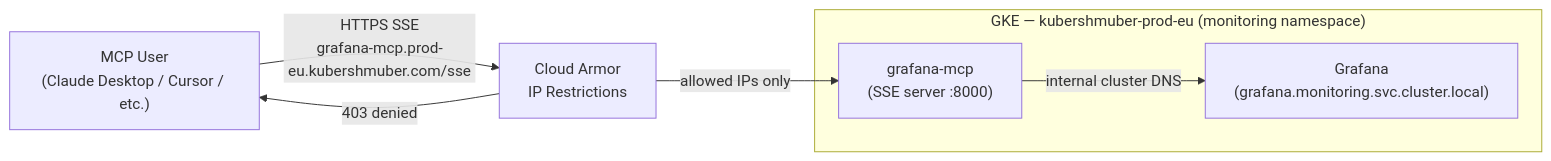
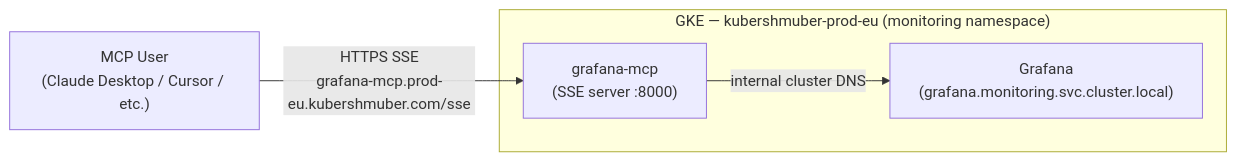
Before and after one commit to bitgaming/grafana-mcp: the diagram in README.md, drawn with Mermaid. The commit also changed other lines of this file, not shown here.

Commit message:
docs: remove Cloud Armor IP restriction info

````diff
--- a/README.md
+++ b/README.md
@@ -15,16 +15,12 @@
 ```mermaid
 graph LR
     User["MCP User\n(Claude Desktop / Cursor / etc.)"]
 
     subgraph GKE ["GKE — kubershmuber-prod-eu (monitoring namespace)"]
         MCP["grafana-mcp\n(SSE server :8000)"]
         Grafana["Grafana\n(grafana.monitoring.svc.cluster.local)"]
     end
 
-    CA["Cloud Armor\nIP Restrictions"]
-
-    User -->|"HTTPS SSE\ngrafana-mcp.prod-eu.kubershmuber.com/sse"| CA
-    CA -->|"allowed IPs only"| MCP
-    CA -->|"403 denied"| User
+    User -->|"HTTPS SSE\ngrafana-mcp.prod-eu.kubershmuber.com/sse"| MCP
     MCP -->|"internal cluster DNS"| Grafana
 ```
````
